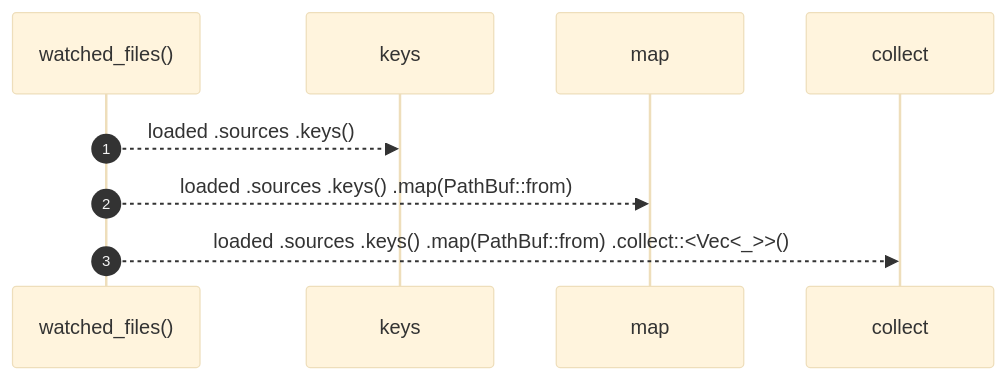
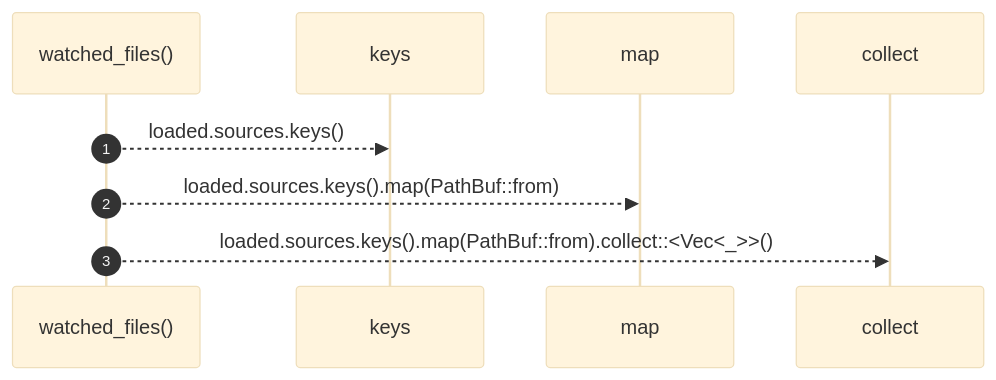
Before and after one commit to RyanGuild/self-describing-code: the diagram in docs/self-model/robby_render/pipeline/watched-files.md, drawn with Mermaid (base theme). The commit also changed other lines of this file and 747 other files, not shown here.

````diff
--- a/docs/self-model/robby_render/pipeline/watched-files.md
+++ b/docs/self-model/robby_render/pipeline/watched-files.md
@@ -25,11 +21,11 @@
 ```mermaid
 sequenceDiagram
     autonumber
     participant watched_files as watched_files()
     participant keys as keys
     participant map as map
     participant collect as collect
-    watched_files-->>keys: loaded .sources .keys()
-    watched_files-->>map: loaded .sources .keys() .map(PathBuf::from)
-    watched_files-->>collect: loaded .sources .keys() .map(PathBuf::from) .collect::<Vec<_>>()
+    watched_files-->>keys: loaded.sources.keys()
+    watched_files-->>map: loaded.sources.keys().map(PathBuf::from)
+    watched_files-->>collect: loaded.sources.keys().map(PathBuf::from).collect::<Vec<_>>()
 ```
````
